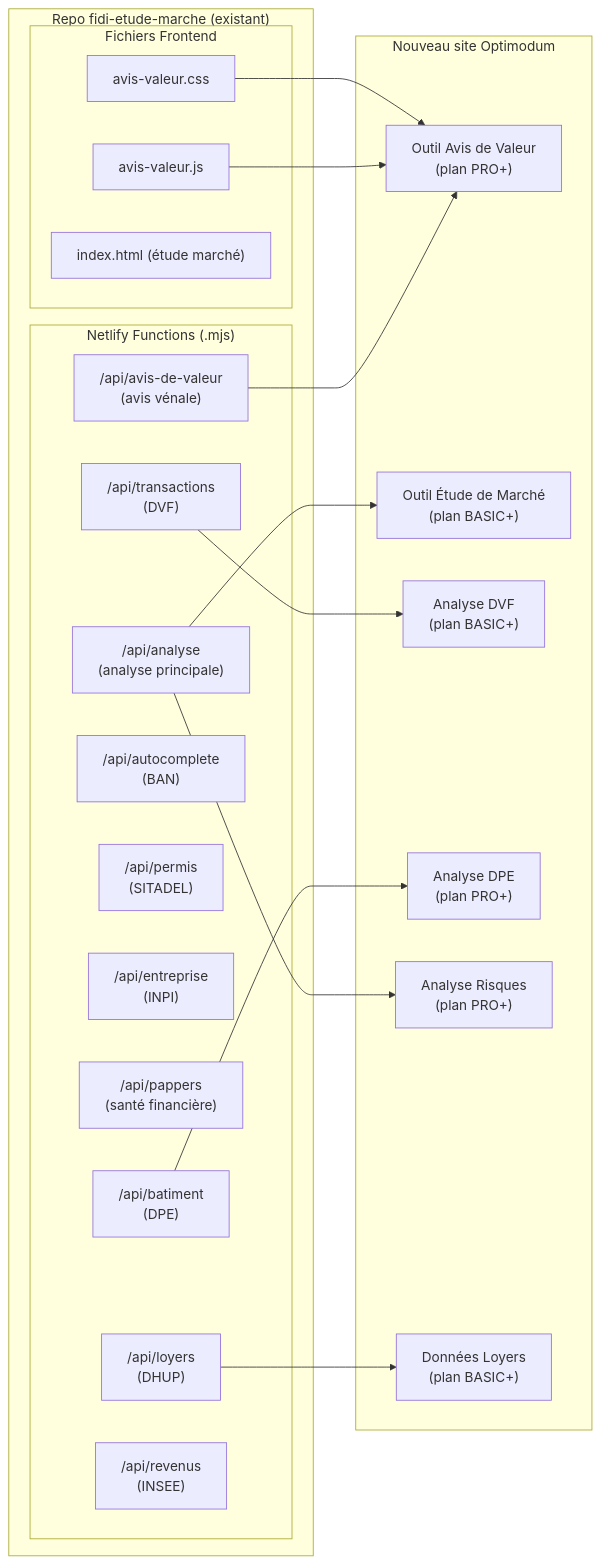
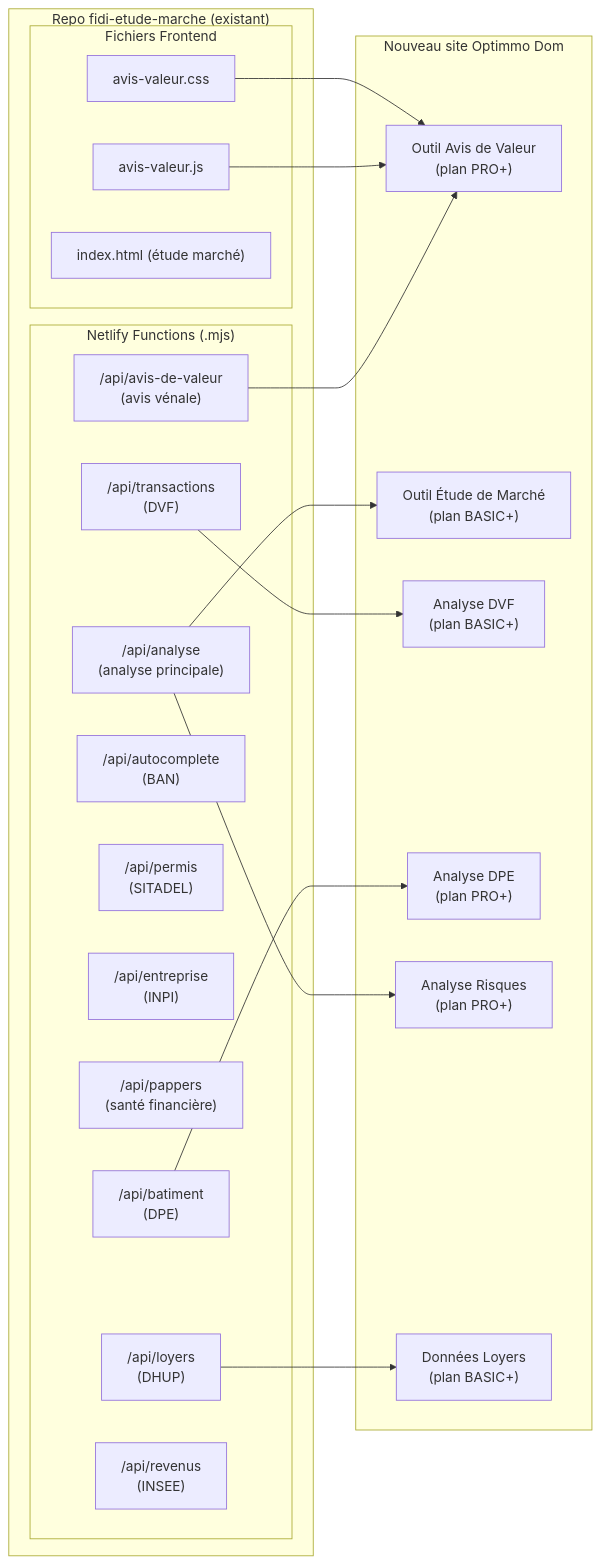
Before and after one commit to senegal972/fidi-etude-marche: the first of 6 diagrams in optimodum-website/specs/05_integration_outils.md, drawn with Mermaid. The commit also changed other lines of this file and 7 other files, not shown here.

First line of the commit message:
fix(optimmo-dom): correction nom société Optimmo Dom + CSS partagé Phase 2

````diff
--- a/optimodum-website/specs/05_integration_outils.md
+++ b/optimodum-website/specs/05_integration_outils.md
@@ -8,41 +8,41 @@
 ```mermaid
 graph LR
     subgraph EXISTING_REPO["Repo fidi-etude-marche (existant)"]
         subgraph FUNCTIONS["Netlify Functions (.mjs)"]
             F_ANALYSE["/api/analyse\n(analyse principale)"]
             F_TRANS["/api/transactions\n(DVF)"]
             F_BAT["/api/batiment\n(DPE)"]
             F_AUTO["/api/autocomplete\n(BAN)"]
             F_PERM["/api/permis\n(SITADEL)"]
             F_ENT["/api/entreprise\n(INPI)"]
             F_PAP["/api/pappers\n(santé financière)"]
             F_AV["/api/avis-de-valeur\n(avis vénale)"]
             F_LOY["/api/loyers\n(DHUP)"]
             F_REV["/api/revenus\n(INSEE)"]
         end
 
         subgraph FRONTEND_FILES["Fichiers Frontend"]
             AV_JS["avis-valeur.js"]
             AV_CSS["avis-valeur.css"]
             INDEX_HTML["index.html (étude marché)"]
         end
     end
 
-    subgraph NEW_SITE["Nouveau site Optimodum"]
+    subgraph NEW_SITE["Nouveau site Optimmo Dom"]
         TOOL_AV["Outil Avis de Valeur\n(plan PRO+)"]
         TOOL_EM["Outil Étude de Marché\n(plan BASIC+)"]
         TOOL_DVF["Analyse DVF\n(plan BASIC+)"]
         TOOL_DPE["Analyse DPE\n(plan PRO+)"]
         TOOL_RISK["Analyse Risques\n(plan PRO+)"]
         TOOL_LOYERS["Données Loyers\n(plan BASIC+)"]
     end
 
     F_AV --> TOOL_AV
     F_ANALYSE --> TOOL_EM
     F_TRANS --> TOOL_DVF
     F_BAT --> TOOL_DPE
     F_LOY --> TOOL_LOYERS
     F_ANALYSE --> TOOL_RISK
     AV_JS --> TOOL_AV
     AV_CSS --> TOOL_AV
 ```
````
